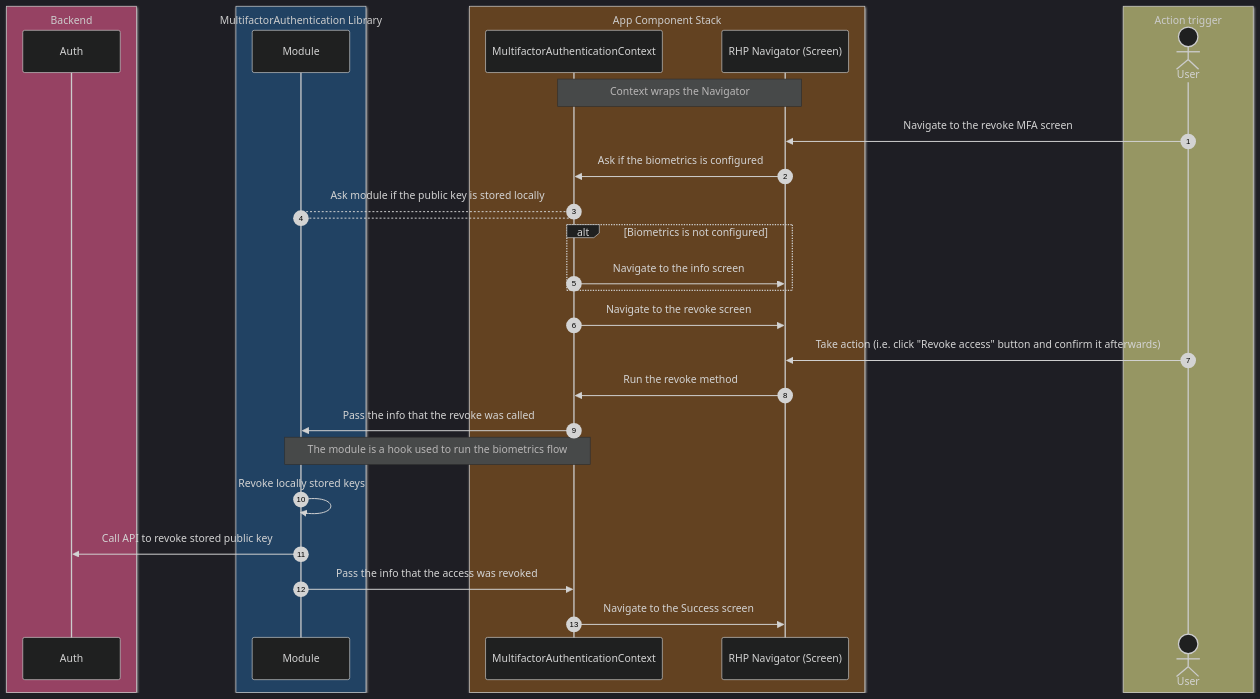
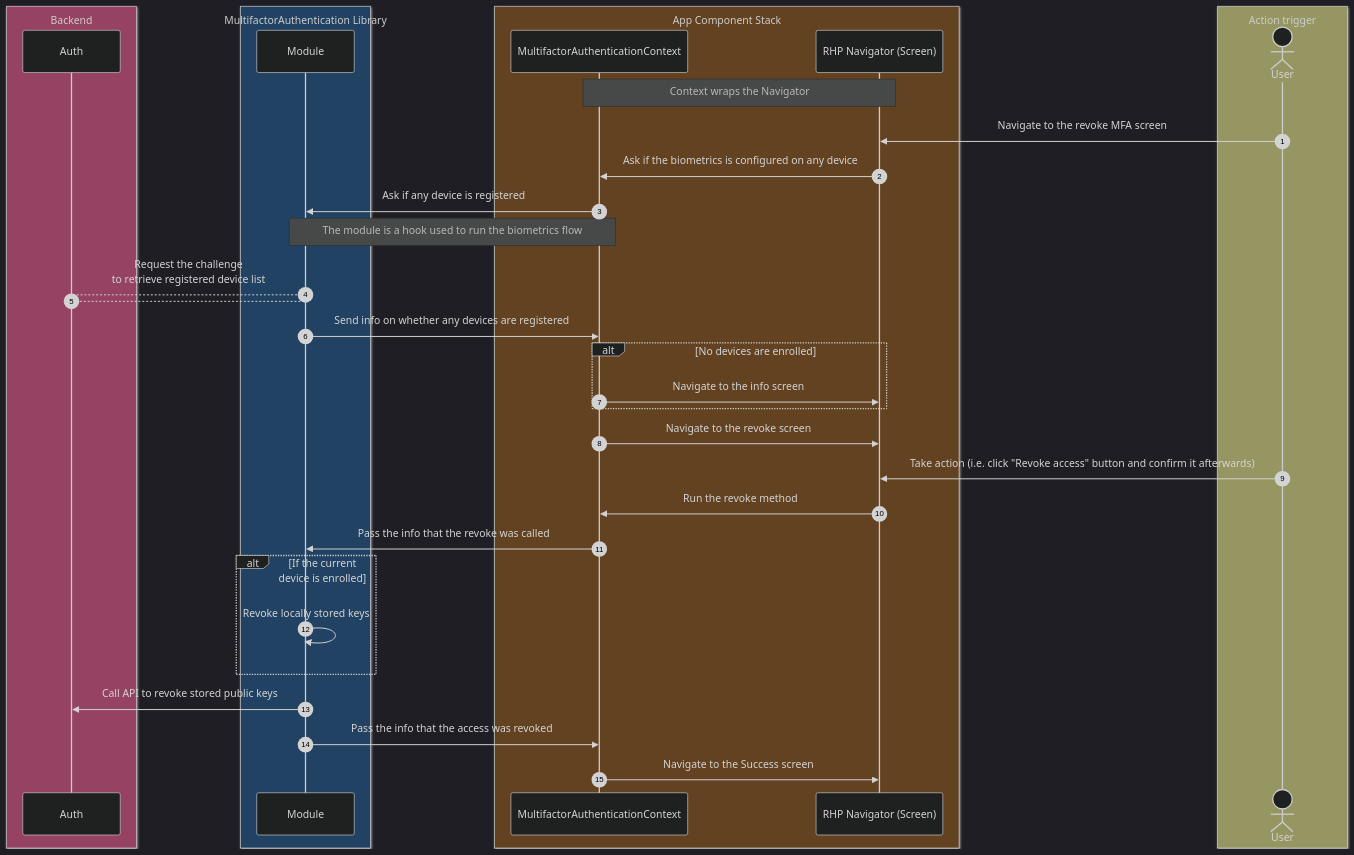
The fifth of 5 diagrams in structure.md (JakubKorytko/expensify-cards), drawn with Mermaid before and after one commit. The commit also changed 1 other file, not shown here.

Commit message:
Update release four diagram

````diff
--- a/structure.md
+++ b/structure.md
@@ -271,45 +271,49 @@
 ```mermaid
 ---
 config:
   theme: dark
 ---
 sequenceDiagram
     autonumber
     box rgba(150,66,99,1) Backend
         participant Server as Auth
     end
         
         
     box rgba(33,66,99,1) MultifactorAuthentication Library
         participant Module as Module
     end
 
     box rgba(99,66,33,1) App Component Stack
         participant MFACTX as MultifactorAuthenticationContext
         participant RHPRHP as RHP Navigator (Screen)
     end
 
 
     box rgba(150,150,99,1) Action trigger
         actor User
     end
 
 
     Note over MFACTX,RHPRHP: Context wraps the Navigator
     User->>RHPRHP: Navigate to the revoke MFA screen
-    RHPRHP->>MFACTX: Ask if the biometrics is configured
-    MFACTX-->Module: Ask module if the public key is stored locally
-    Module-->MFACTX: ;
-    alt Biometrics is not configured
+    RHPRHP->>MFACTX: Ask if the biometrics is configured on any device
+    MFACTX->>Module: Ask if any device is registered
+        Note over MFACTX,Module: The module is a hook used to run the biometrics flow
+    Module-->Server: Request the challenge<br/> to retrieve registered device list
+    Server-->Module: ;
+    Module->>MFACTX: Send info on whether any devices are registered
+    alt No devices are enrolled
         MFACTX->>RHPRHP: Navigate to the info screen
     end
     MFACTX->>RHPRHP: Navigate to the revoke screen
     User->>RHPRHP: Take action (i.e. click "Revoke access" button and confirm it afterwards)
     RHPRHP->>MFACTX: Run the revoke method
     MFACTX->>Module: Pass the info that the revoke was called
-        Note over MFACTX,Module: The module is a hook used to run the biometrics flow
+    alt If the current device is enrolled
     Module->>Module: Revoke locally stored keys
-        Module->>Server: Call API to revoke stored public key
+    end
+        Module->>Server: Call API to revoke stored public keys
     Module->>MFACTX: Pass the info that the access was revoked
     MFACTX->>RHPRHP: Navigate to the Success screen
 ```
````
